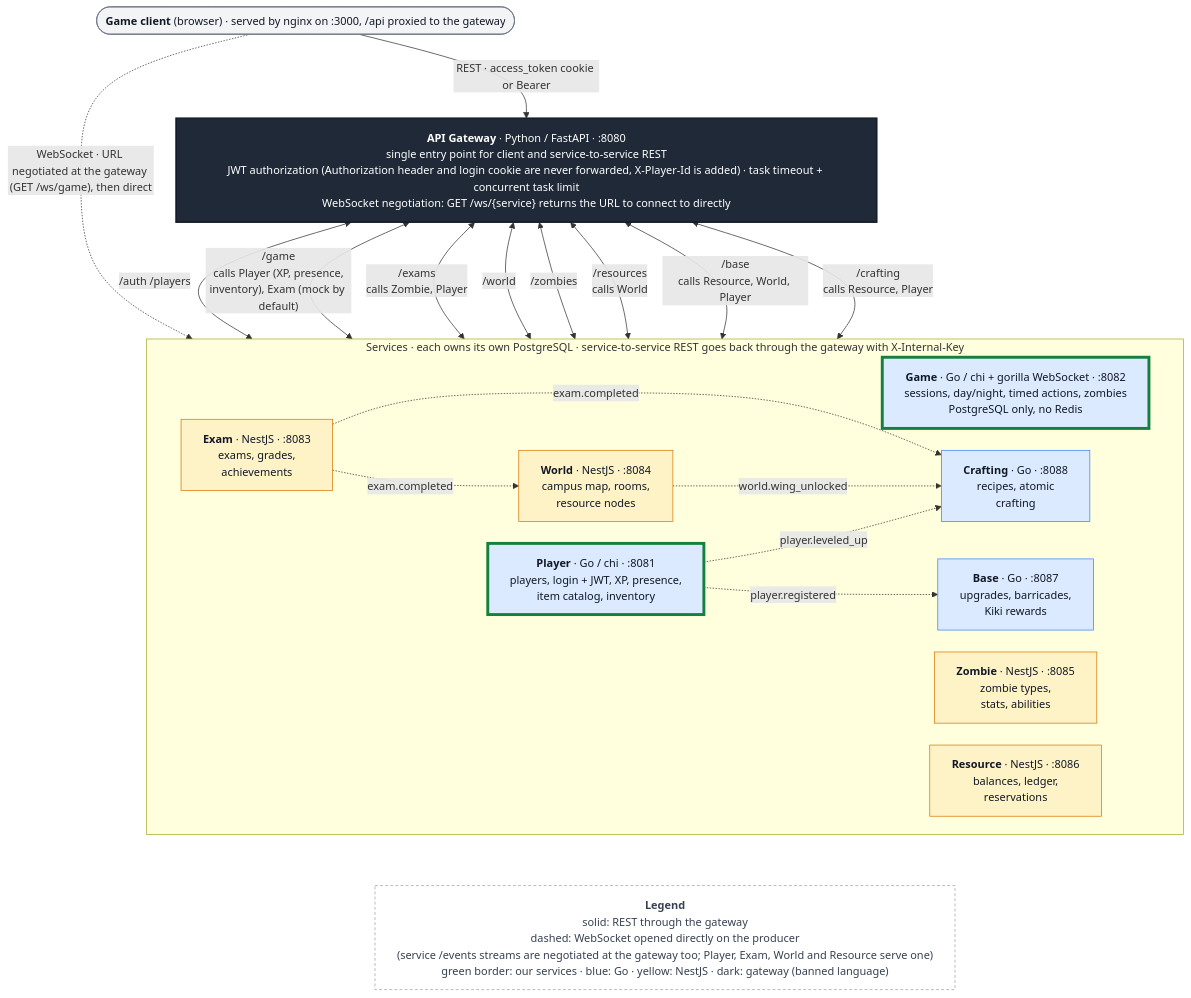
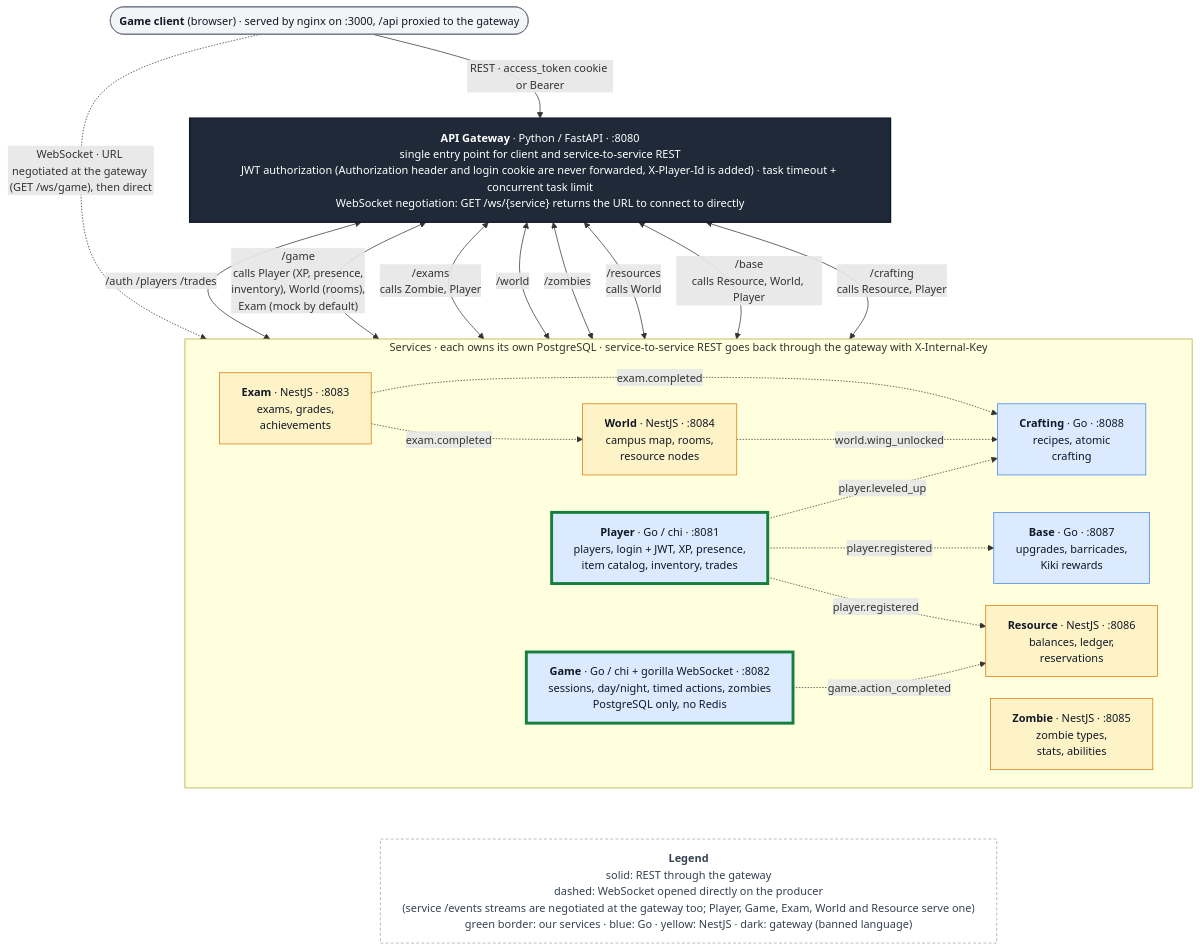
Before and after one commit to fish30008/in-kahoots-with-the-undead: the diagram in architecture.mmd, drawn with Mermaid. The commit also changed 14 other files, not shown here.

Commit message:
discovery service, player replicas, gateway load balancing, docs

```diff
--- a/architecture.mmd
+++ b/architecture.mmd
@@ -1,54 +1,56 @@
 %% Source of architecture.png. Render with:
 %%   npx -p @mermaid-js/mermaid-cli mmdc -i architecture.mmd -o architecture.png -s 2 -b white
 %%{init: {"flowchart": {"wrappingWidth": 900, "nodeSpacing": 30, "rankSpacing": 70}, "themeVariables": {"fontSize": "15px"}}}%%
 flowchart TB
     client(["<b>Game client</b> (browser) · served by nginx on :3000, /api proxied to the gateway"])
 
     gateway["<b>API Gateway</b> · Python / FastAPI · :8080<br/>single entry point for client and service-to-service REST<br/>JWT authorization (Authorization header and login cookie are never forwarded, X-Player-Id is added) · task timeout + concurrent task limit<br/>WebSocket negotiation: GET /ws/{service} returns the URL to connect to directly"]
 
     client -- "REST · access_token cookie or Bearer" --> gateway
     client -. "WebSocket · URL negotiated at the gateway (GET /ws/game), then direct" .-> game
 
     subgraph services["Services · each owns its own PostgreSQL · service-to-service REST goes back through the gateway with X-Internal-Key"]
         direction LR
-        player["<b>Player</b> · Go / chi · :8081<br/>players, login + JWT, XP, presence,<br/>item catalog, inventory"]
+        player["<b>Player</b> · Go / chi · :8081<br/>players, login + JWT, XP, presence,<br/>item catalog, inventory, trades"]
         game["<b>Game</b> · Go / chi + gorilla WebSocket · :8082<br/>sessions, day/night, timed actions, zombies<br/>PostgreSQL only, no Redis"]
         exam["<b>Exam</b> · NestJS · :8083<br/>exams, grades,<br/>achievements"]
         world["<b>World</b> · NestJS · :8084<br/>campus map, rooms,<br/>resource nodes"]
         zombie["<b>Zombie</b> · NestJS · :8085<br/>zombie types,<br/>stats, abilities"]
         resource["<b>Resource</b> · NestJS · :8086<br/>balances, ledger,<br/>reservations"]
         base["<b>Base</b> · Go · :8087<br/>upgrades, barricades,<br/>Kiki rewards"]
         crafting["<b>Crafting</b> · Go · :8088<br/>recipes, atomic<br/>crafting"]
     end
 
-    gateway <-- "/auth /players" --> player
-    gateway <-- "/game<br/>calls Player (XP, presence,<br/>inventory), Exam (mock by default)" --> game
+    gateway <-- "/auth /players /trades" --> player
+    gateway <-- "/game<br/>calls Player (XP, presence,<br/>inventory), World (rooms),<br/>Exam (mock by default)" --> game
     gateway <-- "/exams<br/>calls Zombie, Player" --> exam
     gateway <-- "/world" --> world
     gateway <-- "/zombies" --> zombie
     gateway <-- "/resources<br/>calls World" --> resource
     gateway <-- "/base<br/>calls Resource, World, Player" --> base
     gateway <-- "/crafting<br/>calls Resource, Player" --> crafting
 
     exam -. "exam.completed" .-> world
     exam -. "exam.completed" .-> crafting
     world -. "world.wing_unlocked" .-> crafting
     player -. "player.registered" .-> base
     player -. "player.leveled_up" .-> crafting
+    player -. "player.registered" .-> resource
+    game -. "game.action_completed" .-> resource
 
-    legend["<b>Legend</b><br/>solid: REST through the gateway<br/>dashed: WebSocket opened directly on the producer<br/>(service /events streams are negotiated at the gateway too; Player, Exam, World and Resource serve one)<br/>green border: our services · blue: Go · yellow: NestJS · dark: gateway (banned language)"]
+    legend["<b>Legend</b><br/>solid: REST through the gateway<br/>dashed: WebSocket opened directly on the producer<br/>(service /events streams are negotiated at the gateway too; Player, Game, Exam, World and Resource serve one)<br/>green border: our services · blue: Go · yellow: NestJS · dark: gateway (banned language)"]
     services ~~~ legend
 
     classDef gw fill:#1f2937,color:#ffffff,stroke:#111827,stroke-width:2px
     classDef go fill:#dbeafe,stroke:#3b82f6,color:#111827
     classDef ts fill:#fef3c7,stroke:#d97706,color:#111827
     classDef mineGo fill:#dbeafe,stroke:#15803d,stroke-width:4px,color:#111827
     classDef ext fill:#f3f4f6,stroke:#6b7280,color:#111827
     classDef note fill:#ffffff,stroke:#9ca3af,color:#374151,stroke-dasharray:4 3
     class gateway gw
     class base,crafting go
     class exam,world,zombie,resource ts
     class player mineGo
     class game mineGo
     class client ext
     class legend note
```
